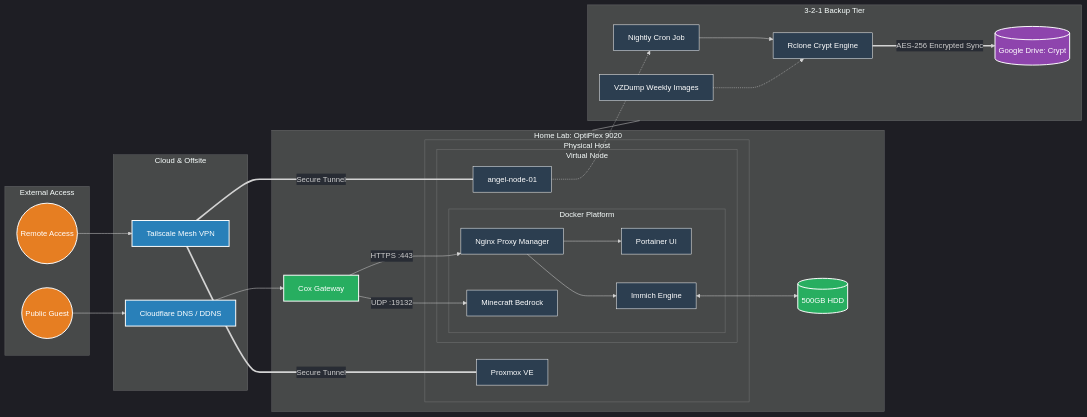
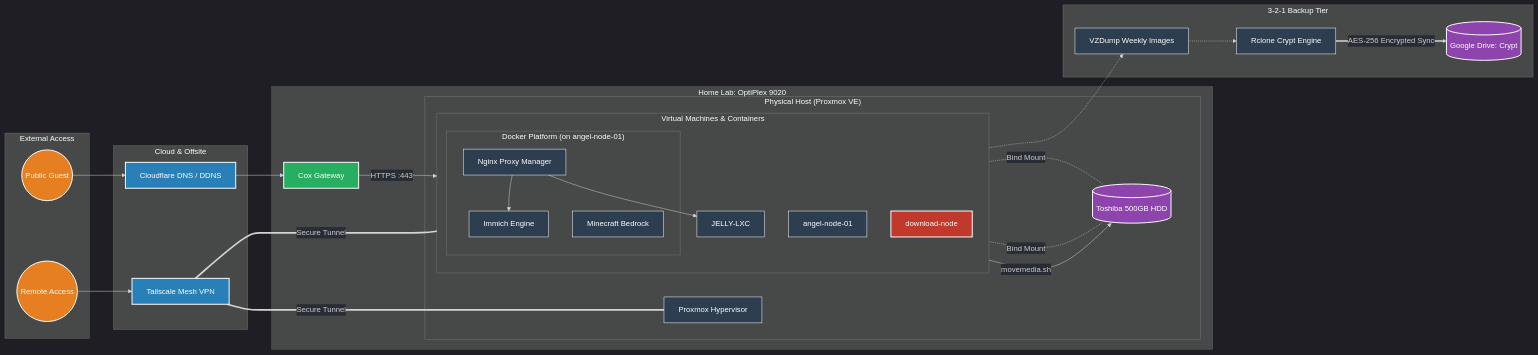
Before and after one commit to AndrewMacGregor1/Angel-Server-Lab: the diagram in README.md, drawn with Mermaid.

Commit message:
new mermaid diagram

````diff
--- a/README.md
+++ b/README.md
@@ -9,76 +9,75 @@
 ```mermaid
 %%{init: {'theme': 'dark', 'themeVariables': { 'primaryColor': '#2ecc71', 'edgeLabelBackground':'#282c34', 'tertiaryColor': '#282c34'}}}%%
 graph LR
     %% Custom Styles
     classDef internet fill:#e67e22,stroke:#fff,stroke-width:2px,color:#fff;
     classDef cloud fill:#2980b9,stroke:#fff,stroke-width:2px,color:#fff;
     classDef home fill:#27ae60,stroke:#fff,stroke-width:2px,color:#fff;
     classDef node fill:#2c3e50,stroke:#fff,stroke-width:1px,color:#fff;
     classDef storage fill:#8e44ad,stroke:#fff,stroke-width:2px,color:#fff;
+    classDef vpn fill:#c0392b,stroke:#fff,stroke-width:2px,color:#fff;
 
     subgraph External ["External Access"]
         User((Remote Access)):::internet
         Guest((Public Guest)):::internet
     end
 
     subgraph Cloud ["Cloud & Offsite"]
         TS[Tailscale Mesh VPN]:::cloud
         CF[Cloudflare DNS / DDNS]:::cloud
     end
 
     subgraph Lab ["Home Lab: OptiPlex 9020"]
         Router[Cox Gateway]:::home
         
-        subgraph Physical ["Physical Host"]
-            PVE[Proxmox VE]:::node
+        subgraph Physical ["Physical Host (Proxmox VE)"]
+            PVE[Proxmox Hypervisor]:::node
             
-            subgraph Virtual ["Virtual Node"]
+            subgraph VirtualNodes ["Virtual Machines & Containers"]
+                direction TB
                 OS[angel-node-01]:::node
+                DL[download-node]:::vpn
+                JELLY[JELLY-LXC]:::node
                 
-                subgraph Docker ["Docker Platform"]
+                subgraph Docker ["Docker Platform (on angel-node-01)"]
                     NPM[Nginx Proxy Manager]:::node
-                    Portainer[Portainer UI]:::node
                     MC[Minecraft Bedrock]:::node
                     Immich[Immich Engine]:::node
                 end
             end
+            
+            HDD[(Toshiba 500GB HDD)]:::storage
         end
-        HDD[(500GB HDD)]:::home
     end
 
     subgraph Backups ["3-2-1 Backup Tier"]
         VZDump[VZDump Weekly Images]:::node
-        Cron[Nightly Cron Job]:::node
         Rclone[Rclone Crypt Engine]:::node
         GDRIVE[(Google Drive: Crypt)]:::storage
     end
 
-    %% Force Horizontal Alignment and Clear Paths
-    Lab --- Backups
-    Cloud ~~~ Lab
-
-    %% Traffic Flows (Direct Connections)
+    %% Storage Bind Mounts & Flows
+    HDD -.-|Bind Mount| JELLY
+    HDD -.-|Bind Mount| DL
+    DL -->|movemedia.sh| HDD
+    
+    %% Traffic Flows
     User --> TS
     Guest --> CF
     
-    %% Management Tunnels (Vertical drops to avoid VZDump)
+    %% Secure Tunnels
     TS ===|Secure Tunnel| PVE
-    TS ===|Secure Tunnel| OS
+    TS ===|Secure Tunnel| JELLY
     
     CF --> Router
+    Router -->|HTTPS :443| NPM
     
-    %% Traffic Routing (As per Breakage Log INC-005)
-    Router -->|HTTPS :443| NPM
-    Router -->|UDP :19132| MC
+    %% Service Routing
+    NPM --> Immich
+    NPM --> JELLY
     
-    %% Service & Data
-    NPM --> Portainer
-    NPM --> Immich
-    Immich <--> HDD
-    
-    %% Backup Logic (Isolated to the right)
-    OS -.-> Cron
+    %% Backup Logic
+    VirtualNodes -.-> VZDump
     VZDump -.-> Rclone
-    Cron --> Rclone
     Rclone ==>|AES-256 Encrypted Sync| GDRIVE
 ```
````
